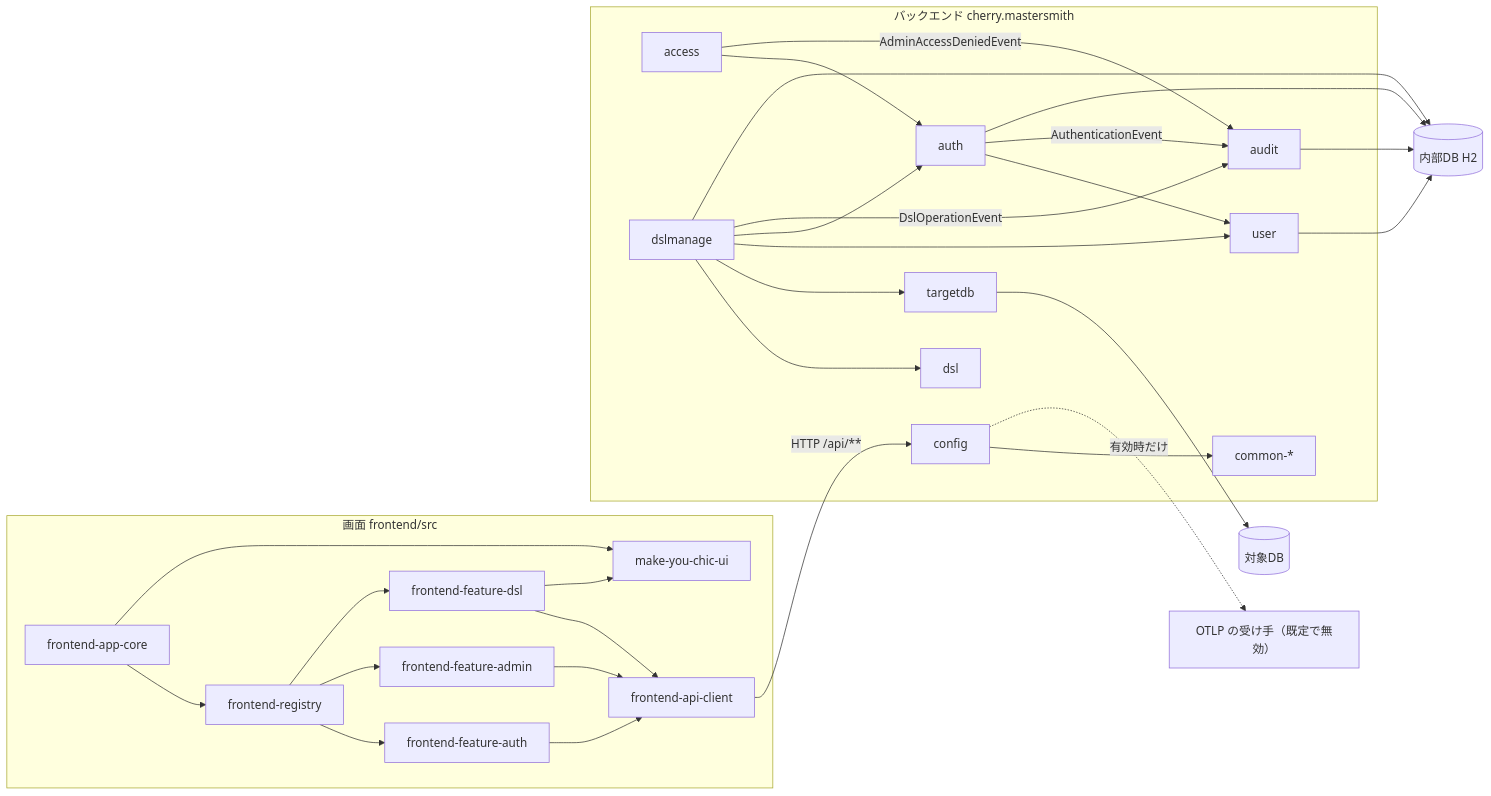
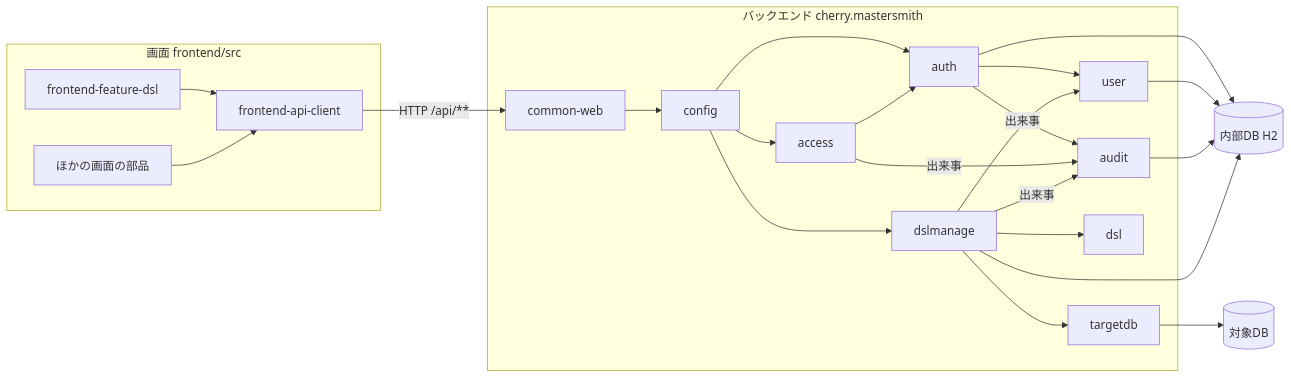
Before and after one commit to agwlvssainokuni/mastersmith2: the first of 3 diagrams in aidlc/spaces/default/codekb/mastersmith2/architecture.md, drawn with Mermaid. The commit also changed other lines of this file and 14 other files, not shown here.

````diff
--- a/aidlc/spaces/default/codekb/mastersmith2/architecture.md
+++ b/aidlc/spaces/default/codekb/mastersmith2/architecture.md
@@ -29,53 +20,42 @@
 ```mermaid
 flowchart LR
   subgraph FE["画面 frontend/src"]
-    APPC["frontend-app-core"]
-    REG["frontend-registry"]
+    FDSL["frontend-feature-dsl"]
+    FOTH["ほかの画面の部品"]
     APIC["frontend-api-client"]
-    FAUTH["frontend-feature-auth"]
-    FADM["frontend-feature-admin"]
-    FDSL["frontend-feature-dsl"]
-    MYC["make-you-chic-ui"]
   end
   subgraph BE["バックエンド cherry.mastersmith"]
+    CW["common-web"]
     CFG["config"]
-    COMMON["common-*"]
     AUTH["auth"]
     ACCESS["access"]
+    USER["user"]
     AUDIT["audit"]
-    USER["user"]
     TDB["targetdb"]
     DSL["dsl"]
     DSLM["dslmanage"]
   end
   H2[("内部DB H2")]
   TGT[("対象DB")]
-  OTLP["OTLP の受け手（既定で無効）"]
 
-  APPC --> REG
-  REG --> FAUTH
-  REG --> FADM
-  REG --> FDSL
-  FAUTH --> APIC
-  FADM --> APIC
   FDSL --> APIC
-  FDSL --> MYC
-  APPC --> MYC
-  APIC -- "HTTP /api/**" --> CFG
-  CFG --> COMMON
+  FOTH --> APIC
+  APIC -- "HTTP /api/**" --> CW
+  CW --> CFG
+  CFG --> AUTH
+  CFG --> ACCESS
+  CFG --> DSLM
   AUTH --> USER
   ACCESS --> AUTH
   DSLM --> DSL
   DSLM --> TDB
   DSLM --> USER
-  DSLM --> AUTH
-  AUTH -- "AuthenticationEvent" --> AUDIT
-  ACCESS -- "AdminAccessDeniedEvent" --> AUDIT
-  DSLM -- "DslOperationEvent" --> AUDIT
+  AUTH -- "出来事" --> AUDIT
+  ACCESS -- "出来事" --> AUDIT
+  DSLM -- "出来事" --> AUDIT
   AUTH --> H2
   USER --> H2
   AUDIT --> H2
   DSLM --> H2
   TDB --> TGT
-  CFG -. "有効時だけ" .-> OTLP
 ```
````
